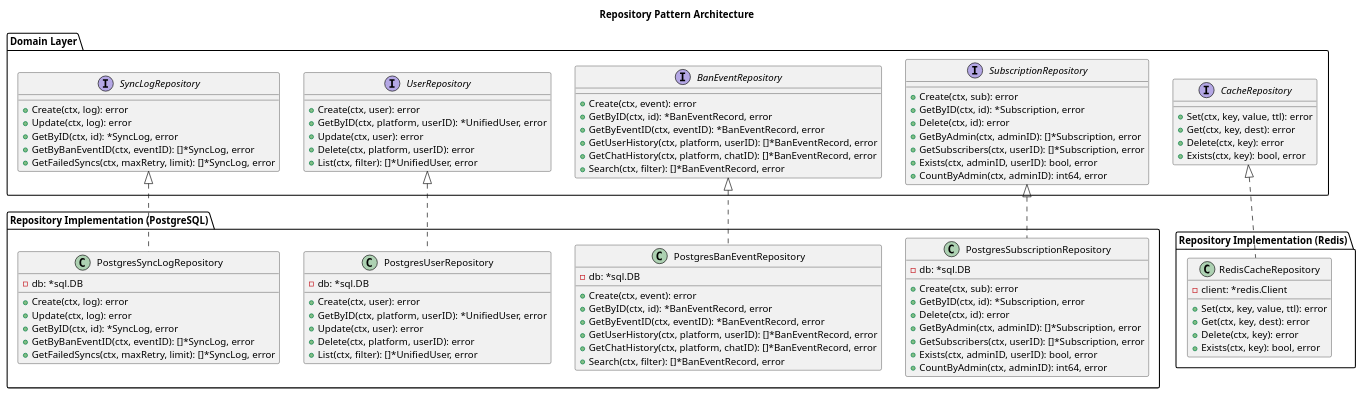
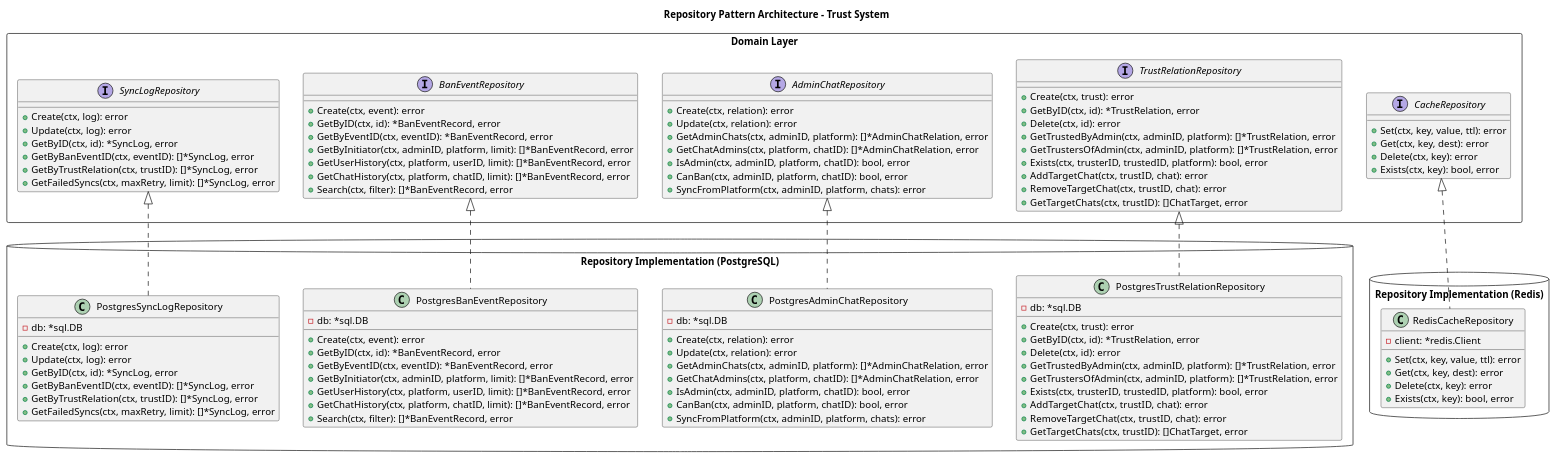
Before and after one commit to Eelyousha/dozor-service: the diagram in repository_pattern.puml, drawn with PlantUML. The commit also changed 13 other files, not shown here.

Commit message:
Updated architecture

```diff
--- a/repository_pattern.puml
+++ b/repository_pattern.puml
@@ -1,105 +1,117 @@
 @startuml
-title Repository Pattern Architecture
+title Repository Pattern Architecture - Trust System
 
-package "Domain Layer" {
-    interface SubscriptionRepository {
-        +Create(ctx, sub): error
-        +GetByID(ctx, id): *Subscription, error
+package "Domain Layer" <<Rectangle>> {
+    interface TrustRelationRepository {
+        +Create(ctx, trust): error
+        +GetByID(ctx, id): *TrustRelation, error
         +Delete(ctx, id): error
-        +GetByAdmin(ctx, adminID): []*Subscription, error
-        +GetSubscribers(ctx, userID): []*Subscription, error
-        +Exists(ctx, adminID, userID): bool, error
-        +CountByAdmin(ctx, adminID): int64, error
+        +GetTrustedByAdmin(ctx, adminID, platform): []*TrustRelation, error
+        +GetTrustersOfAdmin(ctx, adminID, platform): []*TrustRelation, error
+        +Exists(ctx, trusterID, trustedID, platform): bool, error
+        +AddTargetChat(ctx, trustID, chat): error
+        +RemoveTargetChat(ctx, trustID, chat): error
+        +GetTargetChats(ctx, trustID): []ChatTarget, error
+    }
+    
+    interface AdminChatRepository {
+        +Create(ctx, relation): error
+        +Update(ctx, relation): error
+        +GetAdminChats(ctx, adminID, platform): []*AdminChatRelation, error
+        +GetChatAdmins(ctx, platform, chatID): []*AdminChatRelation, error
+        +IsAdmin(ctx, adminID, platform, chatID): bool, error
+        +CanBan(ctx, adminID, platform, chatID): bool, error
+        +SyncFromPlatform(ctx, adminID, platform, chats): error
     }
     
     interface BanEventRepository {
         +Create(ctx, event): error
         +GetByID(ctx, id): *BanEventRecord, error
         +GetByEventID(ctx, eventID): *BanEventRecord, error
-        +GetUserHistory(ctx, platform, userID): []*BanEventRecord, error
-        +GetChatHistory(ctx, platform, chatID): []*BanEventRecord, error
+        +GetByInitiator(ctx, adminID, platform, limit): []*BanEventRecord, error
+        +GetUserHistory(ctx, platform, userID, limit): []*BanEventRecord, error
+        +GetChatHistory(ctx, platform, chatID, limit): []*BanEventRecord, error
         +Search(ctx, filter): []*BanEventRecord, error
-    }
-    
-    interface UserRepository {
-        +Create(ctx, user): error
-        +GetByID(ctx, platform, userID): *UnifiedUser, error
-        +Update(ctx, user): error
-        +Delete(ctx, platform, userID): error
-        +List(ctx, filter): []*UnifiedUser, error
     }
     
     interface SyncLogRepository {
         +Create(ctx, log): error
         +Update(ctx, log): error
         +GetByID(ctx, id): *SyncLog, error
         +GetByBanEventID(ctx, eventID): []*SyncLog, error
+        +GetByTrustRelation(ctx, trustID): []*SyncLog, error
         +GetFailedSyncs(ctx, maxRetry, limit): []*SyncLog, error
     }
     
     interface CacheRepository {
         +Set(ctx, key, value, ttl): error
         +Get(ctx, key, dest): error
         +Delete(ctx, key): error
         +Exists(ctx, key): bool, error
     }
 }
 
-package "Repository Implementation (PostgreSQL)" {
-    class PostgresSubscriptionRepository {
+package "Repository Implementation (PostgreSQL)" <<Database>> {
+    class PostgresTrustRelationRepository {
         -db: *sql.DB
-        +Create(ctx, sub): error
-        +GetByID(ctx, id): *Subscription, error
+        +Create(ctx, trust): error
+        +GetByID(ctx, id): *TrustRelation, error
         +Delete(ctx, id): error
-        +GetByAdmin(ctx, adminID): []*Subscription, error
-        +GetSubscribers(ctx, userID): []*Subscription, error
-        +Exists(ctx, adminID, userID): bool, error
-        +CountByAdmin(ctx, adminID): int64, error
+        +GetTrustedByAdmin(ctx, adminID, platform): []*TrustRelation, error
+        +GetTrustersOfAdmin(ctx, adminID, platform): []*TrustRelation, error
+        +Exists(ctx, trusterID, trustedID, platform): bool, error
+        +AddTargetChat(ctx, trustID, chat): error
+        +RemoveTargetChat(ctx, trustID, chat): error
+        +GetTargetChats(ctx, trustID): []ChatTarget, error
+    }
+    
+    class PostgresAdminChatRepository {
+        -db: *sql.DB
+        +Create(ctx, relation): error
+        +Update(ctx, relation): error
+        +GetAdminChats(ctx, adminID, platform): []*AdminChatRelation, error
+        +GetChatAdmins(ctx, platform, chatID): []*AdminChatRelation, error
+        +IsAdmin(ctx, adminID, platform, chatID): bool, error
+        +CanBan(ctx, adminID, platform, chatID): bool, error
+        +SyncFromPlatform(ctx, adminID, platform, chats): error
     }
     
     class PostgresBanEventRepository {
         -db: *sql.DB
         +Create(ctx, event): error
         +GetByID(ctx, id): *BanEventRecord, error
         +GetByEventID(ctx, eventID): *BanEventRecord, error
-        +GetUserHistory(ctx, platform, userID): []*BanEventRecord, error
-        +GetChatHistory(ctx, platform, chatID): []*BanEventRecord, error
+        +GetByInitiator(ctx, adminID, platform, limit): []*BanEventRecord, error
+        +GetUserHistory(ctx, platform, userID, limit): []*BanEventRecord, error
+        +GetChatHistory(ctx, platform, chatID, limit): []*BanEventRecord, error
         +Search(ctx, filter): []*BanEventRecord, error
-    }
-    
-    class PostgresUserRepository {
-        -db: *sql.DB
-        +Create(ctx, user): error
-        +GetByID(ctx, platform, userID): *UnifiedUser, error
-        +Update(ctx, user): error
-        +Delete(ctx, platform, userID): error
-        +List(ctx, filter): []*UnifiedUser, error
     }
     
     class PostgresSyncLogRepository {
         -db: *sql.DB
         +Create(ctx, log): error
         +Update(ctx, log): error
         +GetByID(ctx, id): *SyncLog, error
         +GetByBanEventID(ctx, eventID): []*SyncLog, error
+        +GetByTrustRelation(ctx, trustID): []*SyncLog, error
         +GetFailedSyncs(ctx, maxRetry, limit): []*SyncLog, error
     }
 }
 
-package "Repository Implementation (Redis)" {
+package "Repository Implementation (Redis)" <<Database>> {
     class RedisCacheRepository {
         -client: *redis.Client
         +Set(ctx, key, value, ttl): error
         +Get(ctx, key, dest): error
         +Delete(ctx, key): error
         +Exists(ctx, key): bool, error
     }
 }
 
-SubscriptionRepository <|.. PostgresSubscriptionRepository
+TrustRelationRepository <|.. PostgresTrustRelationRepository
+AdminChatRepository <|.. PostgresAdminChatRepository
 BanEventRepository <|.. PostgresBanEventRepository
-UserRepository <|.. PostgresUserRepository
 SyncLogRepository <|.. PostgresSyncLogRepository
 CacheRepository <|.. RedisCacheRepository
 
 @enduml
```
